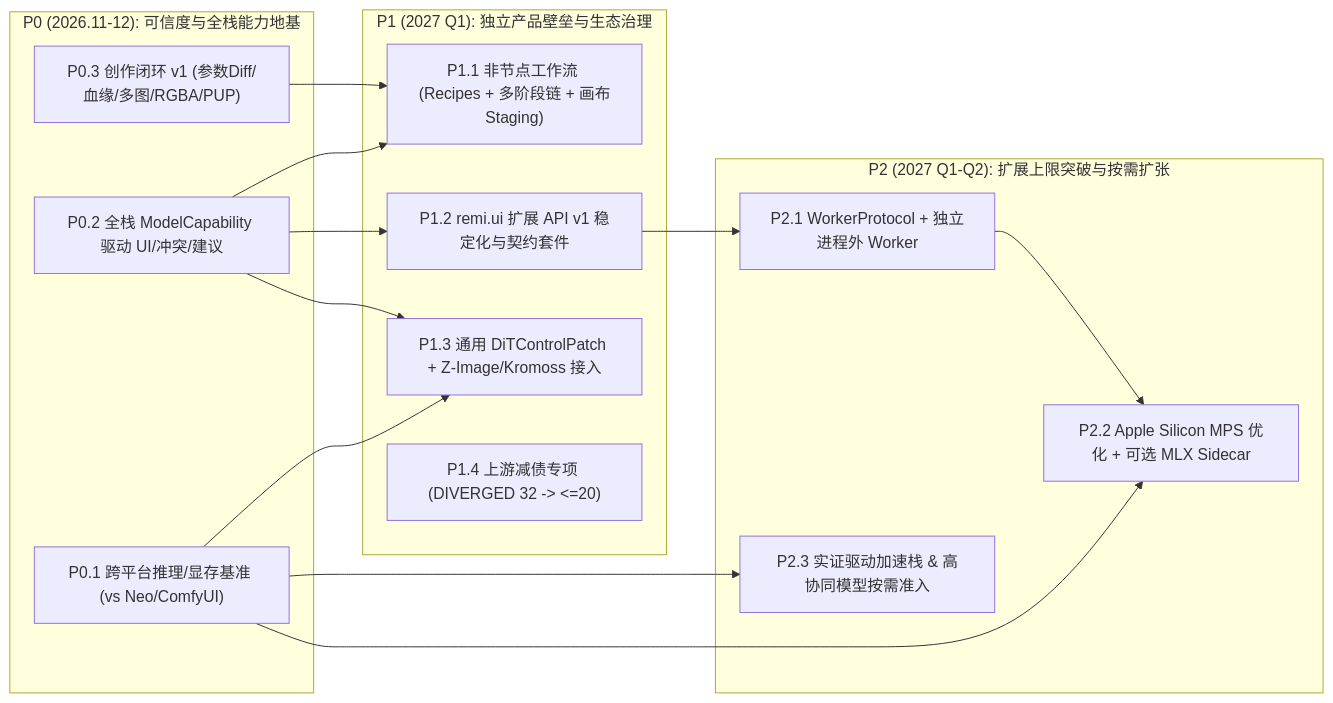
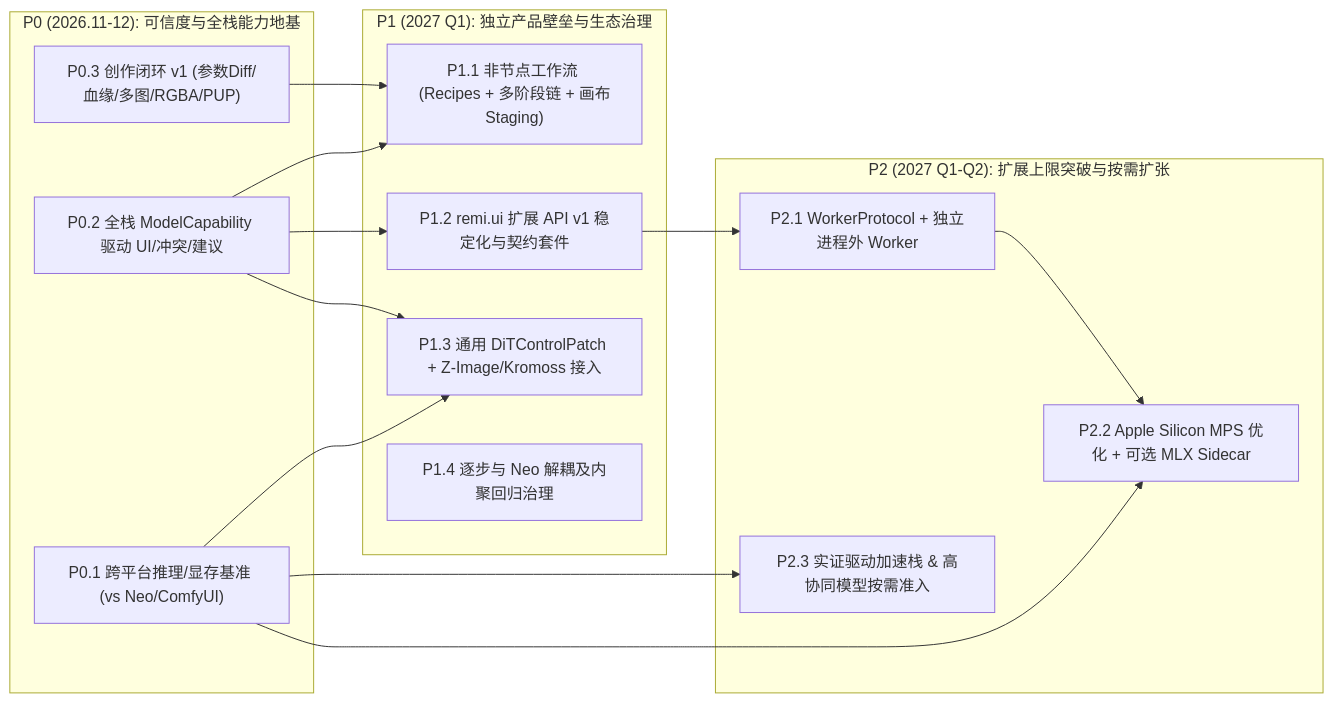
The diagram in docs/research/roadmap-2026-q4.zh-CN.md (beautifulrem/forge-neo-remi), drawn with Mermaid before and after one commit. The commit also changed other lines of this file and 17 other files, not shown here.

````diff
--- a/docs/research/roadmap-2026-q4.zh-CN.md
+++ b/docs/research/roadmap-2026-q4.zh-CN.md
@@ -54,31 +54,31 @@
 ```mermaid
 flowchart LR
     subgraph P0["P0 (2026.11-12): 可信度与全栈能力地基"]
         P01["P0.1 跨平台推理/显存基准 (vs Neo/ComfyUI)"]
         P02["P0.2 全栈 ModelCapability 驱动 UI/冲突/建议"]
         P03["P0.3 创作闭环 v1 (参数Diff/血缘/多图/RGBA/PUP)"]
     end
 
     subgraph P1["P1 (2027 Q1): 独立产品壁垒与生态治理"]
         P11["P1.1 非节点工作流 (Recipes + 多阶段链 + 画布Staging)"]
         P12["P1.2 remi.ui 扩展 API v1 稳定化与契约套件"]
         P13["P1.3 通用 DiTControlPatch + Z-Image/Kromoss 接入"]
-        P14["P1.4 上游减债专项 (DIVERGED 32 -> <=20)"]
+        P14["P1.4 逐步与 Neo 解耦及内聚回归治理"]
     end
 
     subgraph P2["P2 (2027 Q1-Q2): 扩展上限突破与按需扩张"]
         P21["P2.1 WorkerProtocol + 独立进程外 Worker"]
         P22["P2.2 Apple Silicon MPS 优化 + 可选 MLX Sidecar"]
         P23["P2.3 实证驱动加速栈 & 高协同模型按需准入"]
     end
 
     P01 --> P13
     P01 --> P22
     P01 --> P23
     P02 --> P11
     P02 --> P12
     P02 --> P13
     P03 --> P11
     P12 --> P21
     P21 --> P22
 ```
````
